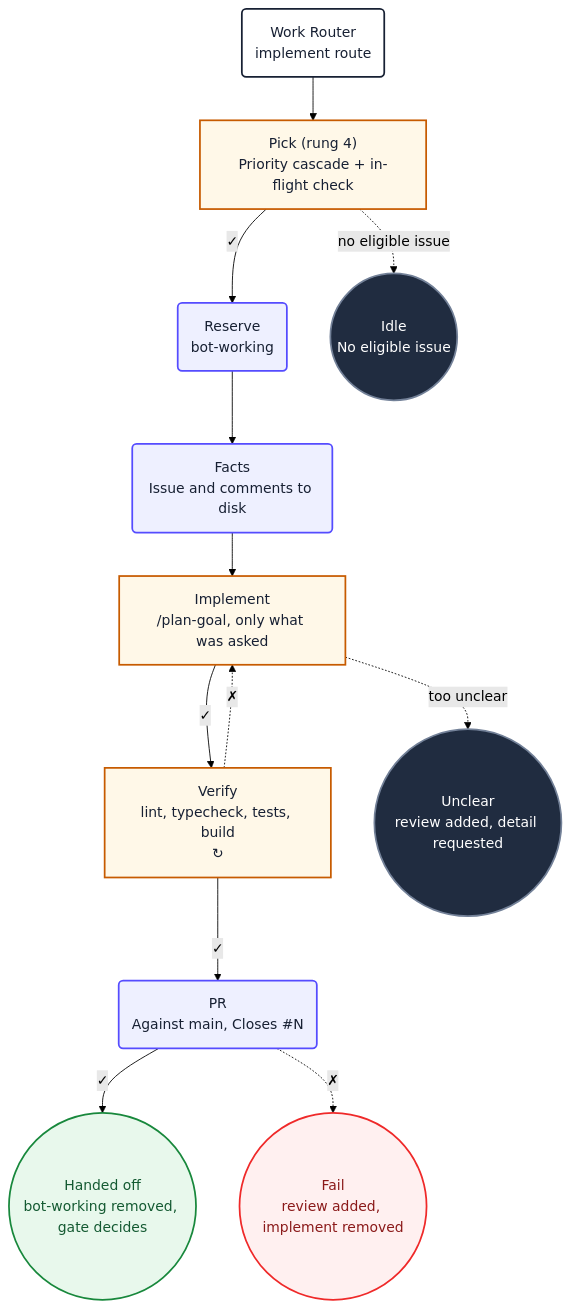
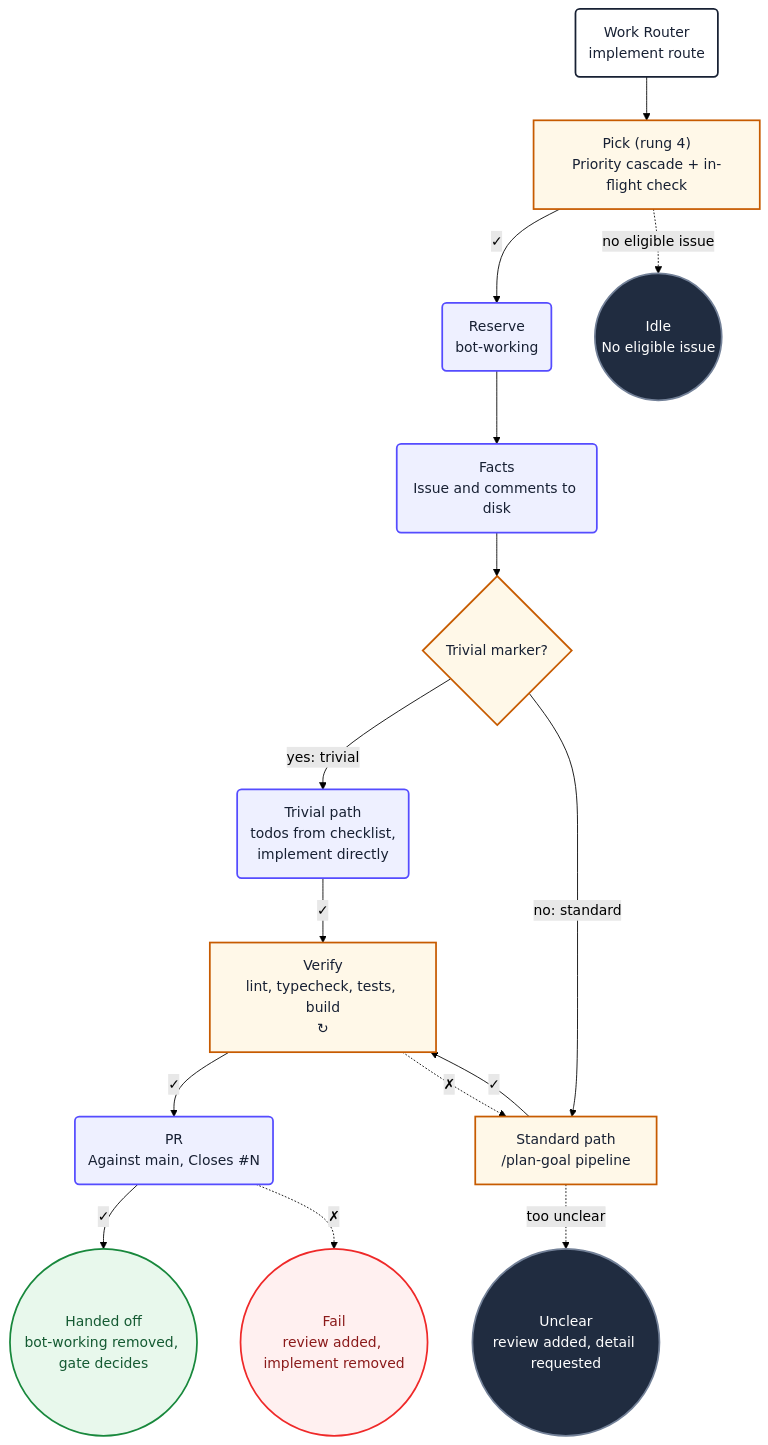
Before and after one commit to PlainConceptsPlatform/Agentic-Workflows: the diagram in loops/workflows/agent-implement.md, drawn with Mermaid (forest theme). The commit also changed other lines of this file and 1 other file, not shown here.

First line of the commit message:
feat: trivial change fast path in refine and implement

````diff
--- a/loops/workflows/agent-implement.md
+++ b/loops/workflows/agent-implement.md
@@ -347,31 +368,35 @@
 ```mermaid
 flowchart TD
     implStart("Work Router<br/>implement route") --> implPick
     implPick["Pick (rung 4)<br/>Priority cascade + in-flight check"] -->|✓| implReserve
     implPick -.->|no eligible issue| implIdle
     implReserve("Reserve<br/>bot-working") --> implFacts
-    implFacts("Facts<br/>Issue and comments to disk") --> implCode
-    implCode["Implement<br/>/plan-goal, only what was asked"] -->|✓| implVerify
+    implFacts("Facts<br/>Issue and comments to disk") --> implCheck
+    implCheck{"Trivial marker?"}
+    implCheck -->|yes: trivial| implTodos
+    implCheck -->|no: standard| implCode
+    implTodos("Trivial path<br/>todos from checklist,<br/>implement directly") -->|✓| implVerify
+    implCode["Standard path<br/>/plan-goal pipeline"] -->|✓| implVerify
     implCode -.->|too unclear| implUnclear
     implVerify["Verify<br/>lint, typecheck, tests, build<br/>↻"] -->|✓| implPr
     implVerify -.->|✗| implCode
     implPr("PR<br/>Against main, Closes #N") -->|✓| implHandoff
     implPr -.->|✗| implFail
     implHandoff(("Handed off<br/>bot-working removed, gate decides"))
     implUnclear(("Unclear<br/>review added, detail requested"))
     implIdle(("Idle<br/>No eligible issue"))
     implFail(("Fail<br/>review added, implement removed"))
 
     classDef start fill:#ffffff,stroke:#172033,stroke-width:2px,color:#172033
     classDef action fill:#eef0ff,stroke:#554cff,stroke-width:2px,color:#172033
     classDef decision fill:#fff8e8,stroke:#c75b00,stroke-width:2px,color:#172033
     classDef idle fill:#202c40,stroke:#738198,stroke-width:2px,color:#ffffff
     classDef failure fill:#fff0f0,stroke:#ef2929,stroke-width:2px,color:#8b1a1a
     classDef success fill:#e8f8ec,stroke:#18883c,stroke-width:2px,color:#145a32
     class implStart start
-    class implReserve,implFacts,implPr action
-    class implPick,implCode,implVerify decision
+    class implReserve,implFacts,implTodos,implPr action
+    class implPick,implCode,implVerify,implCheck decision
     class implIdle,implUnclear idle
     class implFail failure
     class implHandoff success
 ```
````
